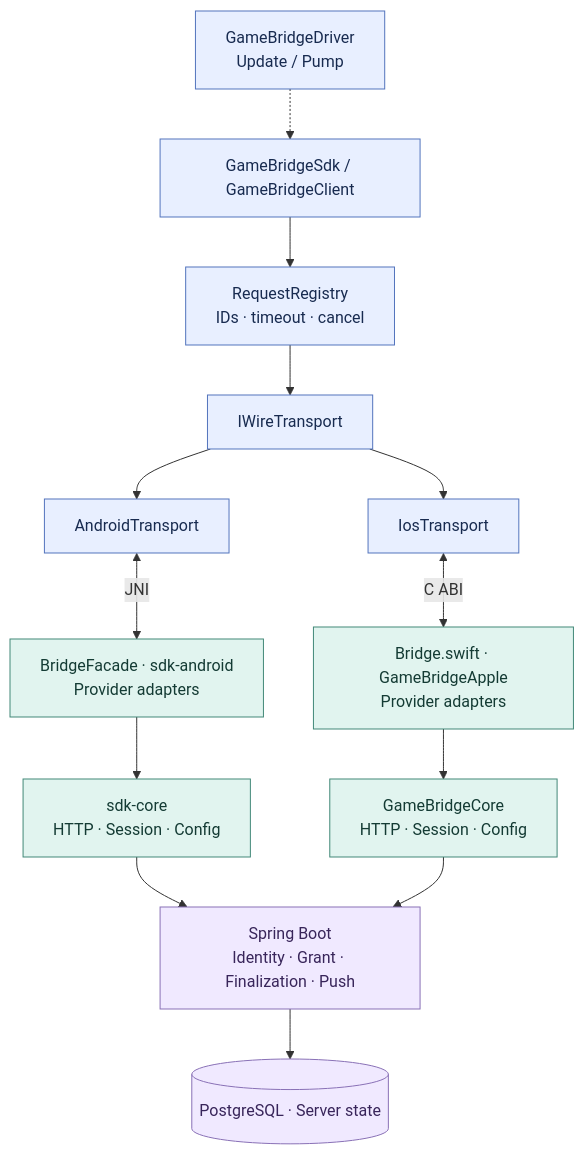
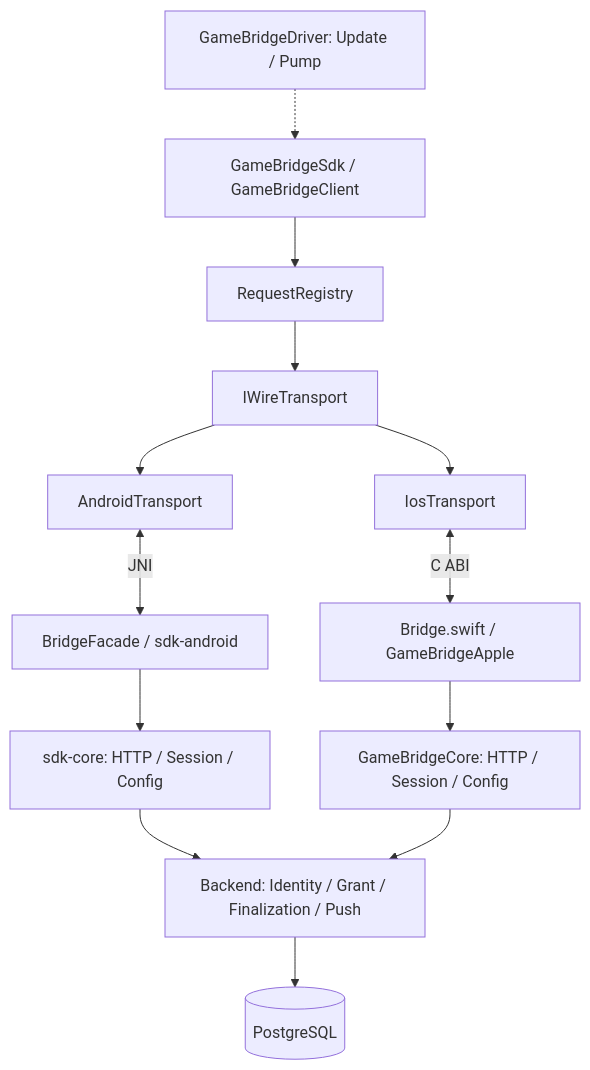
Before and after one commit to CodingBot000/GameBridge_SDK: the first of 5 diagrams in docs/TECHNICAL_OVERVIEW.md, drawn with Mermaid. The commit also changed other lines of this file and 7 other files, not shown here.

````diff
--- a/docs/TECHNICAL_OVERVIEW.md
+++ b/docs/TECHNICAL_OVERVIEW.md
@@ -29,21 +25,15 @@
 ```mermaid
 flowchart TB
-    C["GameBridgeSdk / GameBridgeClient"] --> R["RequestRegistry<br/>IDs · timeout · cancel"]
-    P["GameBridgeDriver<br/>Update / Pump"] -.-> C
+    C["GameBridgeSdk / GameBridgeClient"] --> R["RequestRegistry"]
+    P["GameBridgeDriver: Update / Pump"] -.-> C
     R --> T["IWireTransport"]
     T --> AT["AndroidTransport"]
     T --> IT["IosTransport"]
-    AT <-->|JNI| A["BridgeFacade · sdk-android<br/>Provider adapters"]
-    IT <-->|C ABI| I["Bridge.swift · GameBridgeApple<br/>Provider adapters"]
-    A --> AK["sdk-core<br/>HTTP · Session · Config"]
-    I --> IK["GameBridgeCore<br/>HTTP · Session · Config"]
-    AK --> B["Spring Boot<br/>Identity · Grant · Finalization · Push"]
+    AT <-->|JNI| A["BridgeFacade / sdk-android"]
+    IT <-->|C ABI| I["Bridge.swift / GameBridgeApple"]
+    A --> AK["sdk-core: HTTP / Session / Config"]
+    I --> IK["GameBridgeCore: HTTP / Session / Config"]
+    AK --> B["Backend: Identity / Grant / Finalization / Push"]
     IK --> B
-    B --> D[("PostgreSQL · Server state")]
-    classDef unity fill:#e8efff,stroke:#5374bd,color:#182b50
-    classDef native fill:#e1f4ef,stroke:#428878,color:#143b34
-    classDef server fill:#f0e9ff,stroke:#8971b6,color:#38255a
-    class C,R,P,T,AT,IT unity
-    class A,I,AK,IK native
-    class B,D server
+    B --> D[("PostgreSQL")]
 ```
````
